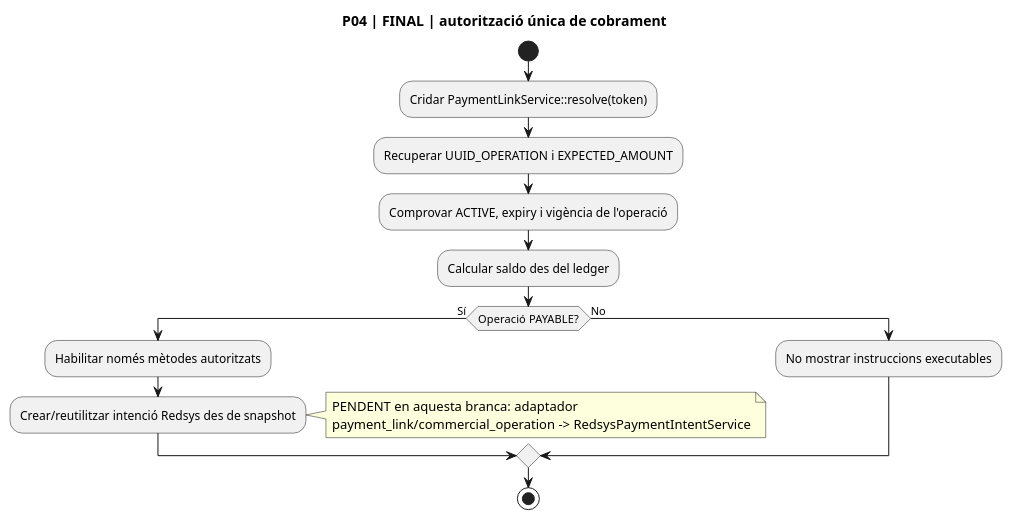
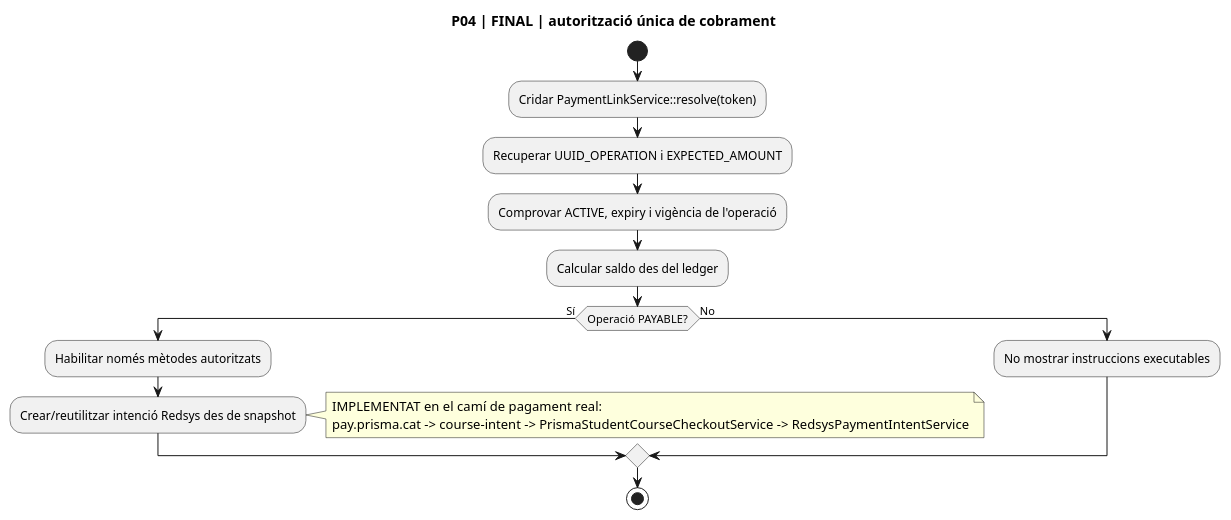
Diagram 16 of 25 in documentacio/07-uml-integrat/uc-020-activitats-pagines-actual-final.md (orgmeriemprismacat-del/verifactu), drawn with PlantUML before and after one commit. The commit also changed other lines of this file, not shown here.

Commit message:
docs(UC-020): actualitza activitats al flux de pagament real

````diff
--- a/documentacio/07-uml-integrat/uc-020-activitats-pagines-actual-final.md
+++ b/documentacio/07-uml-integrat/uc-020-activitats-pagines-actual-final.md
@@ -364,21 +364,21 @@
 ```plantuml
 @startuml
 title P04 | FINAL | autorització única de cobrament
 start
 :Cridar PaymentLinkService::resolve(token);
 :Recuperar UUID_OPERATION i EXPECTED_AMOUNT;
 :Comprovar ACTIVE, expiry i vigència de l'operació;
 :Calcular saldo des del ledger;
 if (Operació PAYABLE?) then (Sí)
  :Habilitar només mètodes autoritzats;
  :Crear/reutilitzar intenció Redsys des de snapshot;
 note right
-  PENDENT en aquesta branca: adaptador
-  payment_link/commercial_operation -> RedsysPaymentIntentService
+  IMPLEMENTAT en el camí de pagament real:
+  pay.prisma.cat -> course-intent -> PrismaStudentCourseCheckoutService -> RedsysPaymentIntentService
 end note
 else (No)
  :No mostrar instruccions executables;
 endif
 stop
 @enduml
 ```
````
